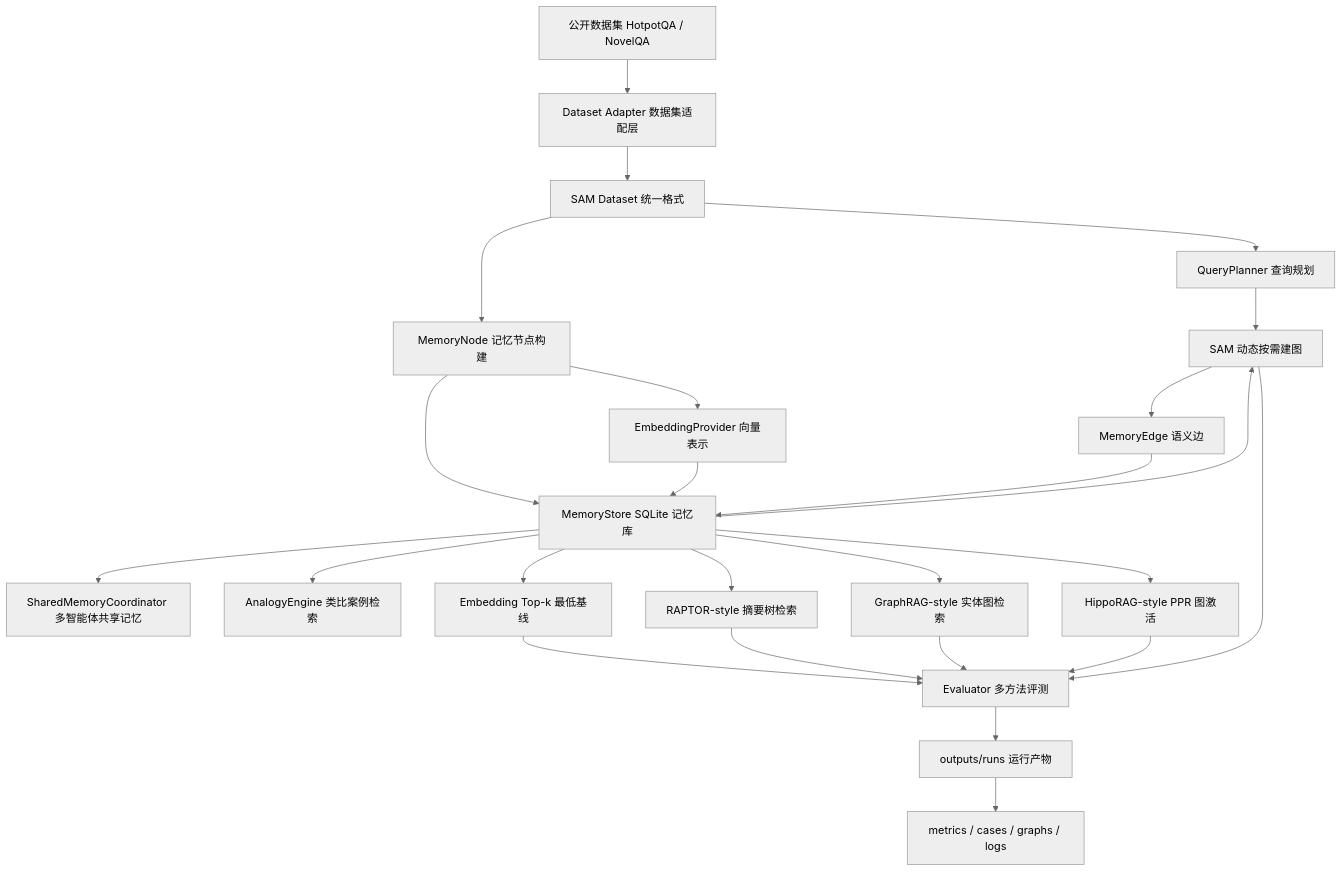
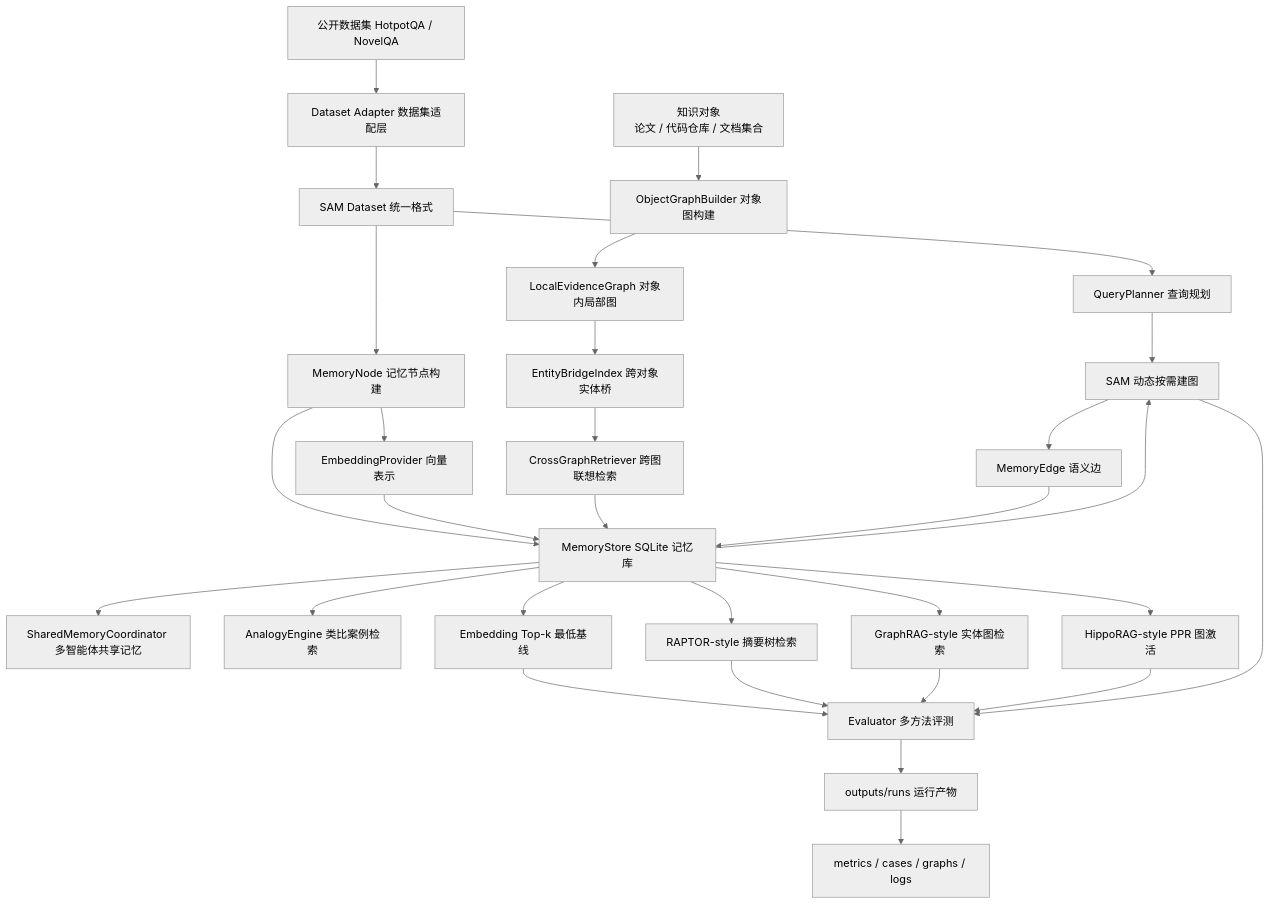
Before and after one commit to zhenyu228/semantic-associative-memory: the diagram in README.md, drawn with Mermaid (neutral theme). The commit also changed other lines of this file and 5 other files, not shown here.

Commit message:
feat: add object graph memory framework

````diff
--- a/README.md
+++ b/README.md
@@ -44,27 +47,32 @@
 ```mermaid
 flowchart TD
     A["公开数据集 HotpotQA / NovelQA"] --> B["Dataset Adapter 数据集适配层"]
     B --> C["SAM Dataset 统一格式"]
     C --> X["QueryPlanner 查询规划"]
     C --> D["MemoryNode 记忆节点构建"]
     D --> E["EmbeddingProvider 向量表示"]
     D --> F["MemoryStore SQLite 记忆库"]
     E --> F
+    A2["知识对象<br/>论文 / 代码仓库 / 文档集合"] --> B2["ObjectGraphBuilder 对象图构建"]
+    B2 --> C2["LocalEvidenceGraph 对象内局部图"]
+    C2 --> D2["EntityBridgeIndex 跨对象实体桥"]
+    D2 --> R2["CrossGraphRetriever 跨图联想检索"]
+    R2 --> F
     F --> P["SharedMemoryCoordinator 多智能体共享记忆"]
     F --> Q["AnalogyEngine 类比案例检索"]
     F --> G["Embedding Top-k 最低基线"]
     F --> H["RAPTOR-style 摘要树检索"]
     F --> I["GraphRAG-style 实体图检索"]
     F --> J["HippoRAG-style PPR 图激活"]
     X --> K["SAM 动态按需建图"]
     F --> K
     K --> L["MemoryEdge 语义边"]
     L --> F
     G --> M["Evaluator 多方法评测"]
     H --> M
     I --> M
     J --> M
     K --> M
     M --> N["outputs/runs 运行产物"]
     N --> O["metrics / cases / graphs / logs"]
 ```
````
